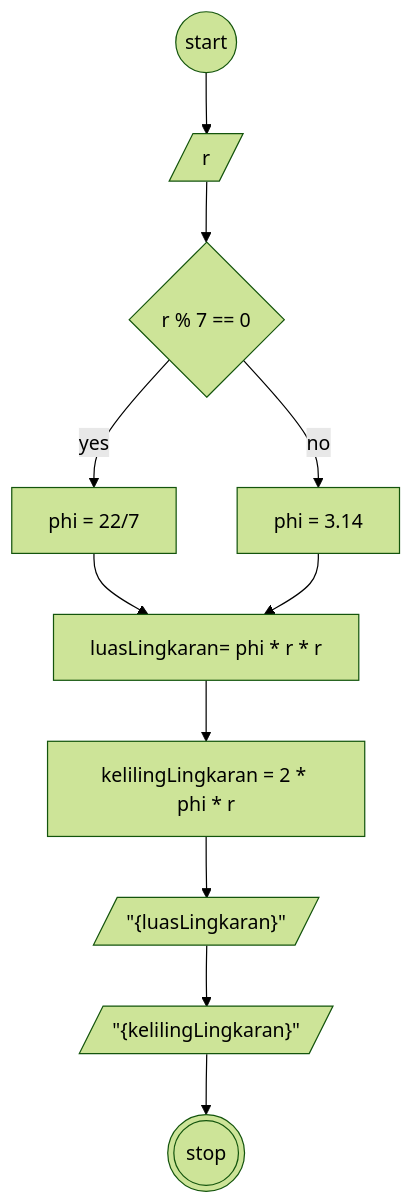
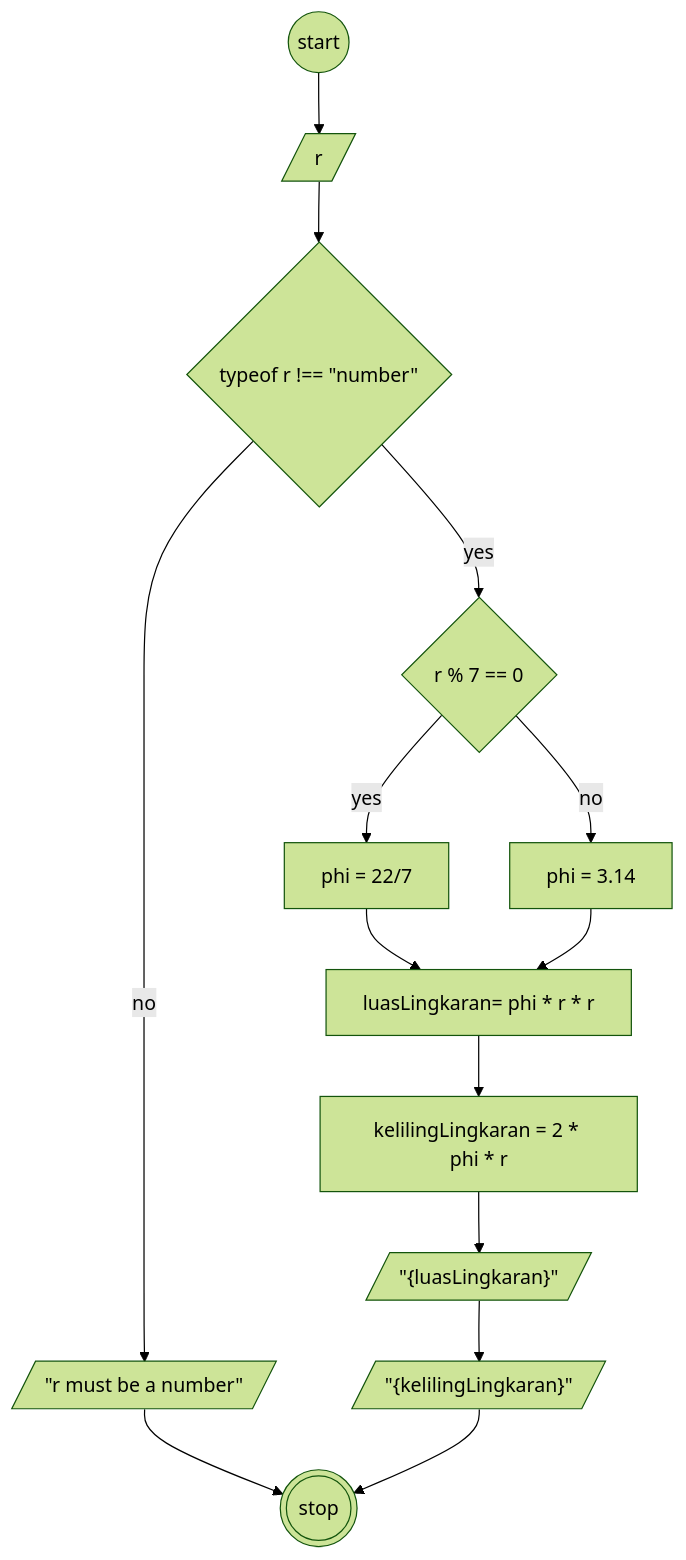
Before and after one commit to muhammadfajarr30/koda-b8-javascript1: the diagram in readme.md, drawn with Mermaid (forest theme). The commit also changed 1 other file, not shown here.

````diff
--- a/readme.md
+++ b/readme.md
@@ -7,24 +7,30 @@
 ```mermaid
 flowchart TD
 start@{shape: circle, label:"start" }
 a@{shape: lean-r, label: "r" }
+cek@{shape: diamond, label: 'typeof r !== "number"'}
+err@{ shape: lean-r, label: '"r must be a number"'}
 phi1@{shape: rect, label: "phi = 22/7" }
 c@{shape: rect, label: "luasLingkaran= phi * r * r" }
 d@{shape: rect, label: "kelilingLingkaran = 2 * phi * r"}
 e@{shape: lean-r, label: '"{luasLingkaran}"' }
 f@{shape: lean-r, label: '"{kelilingLingkaran}"' }
 stop@{shape: dbl-circ, label: "stop" }
 kondisi@{shape: diamond, label: "r % 7 == 0" }
 phi2@{shape: rect, label: "phi = 3.14" }
 start-->a
-a-->kondisi
+a-->cek
+
+cek-- yes --> kondisi
+cek-- no --> err
+err--> stop
 kondisi--yes-->phi1
 kondisi-- no -->phi2
 phi1-->c
 phi2-->c
 c-->d
 d-->e
 e-->f
 f-->stop
 
 ```
````
